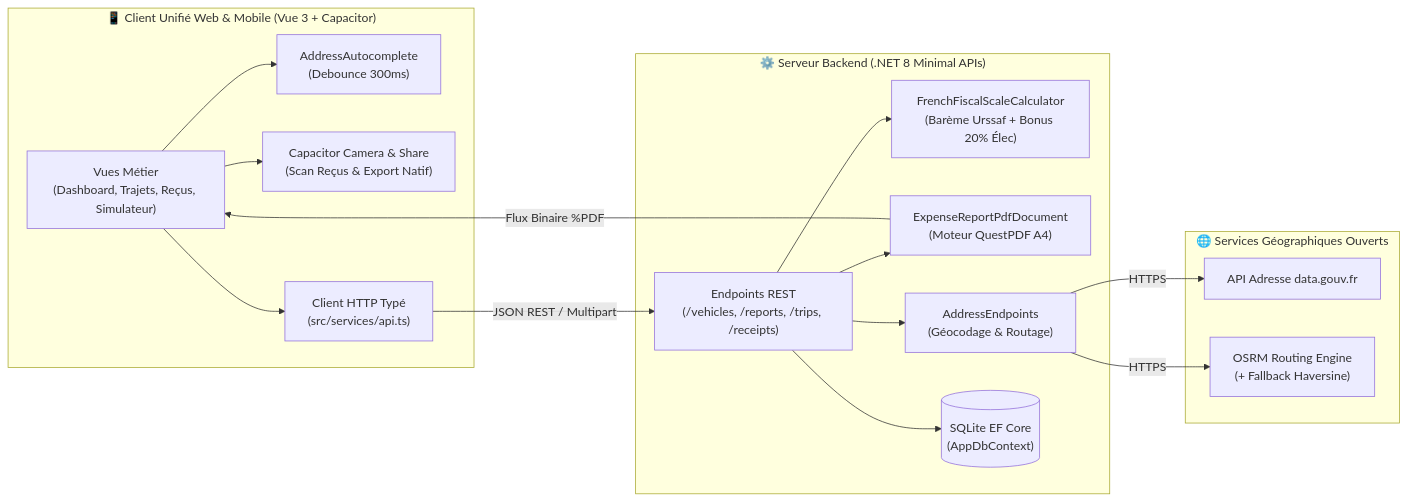
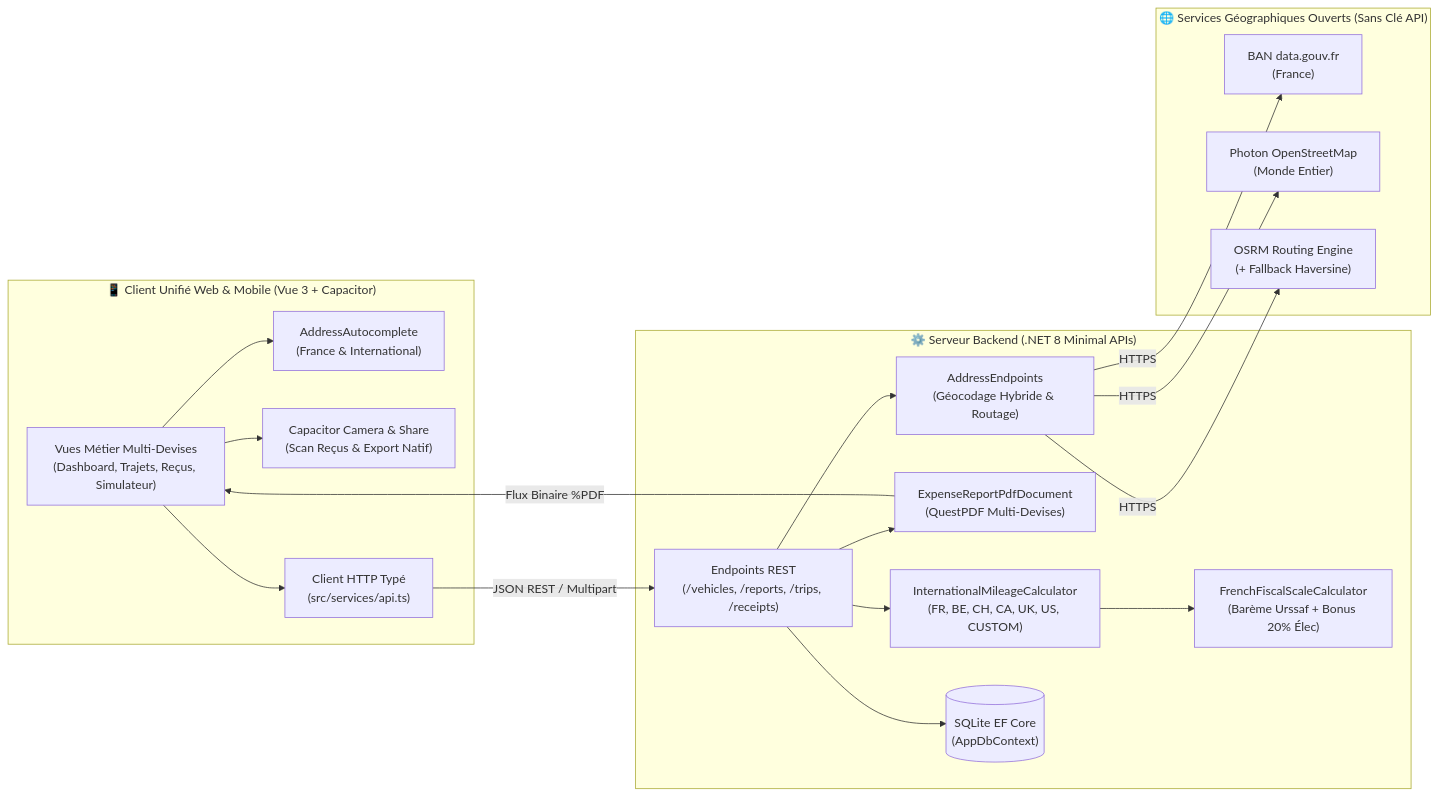
The diagram in README.md (IAlexy/frais-route), drawn with Mermaid before and after one commit. The commit also changed other lines of this file and 19 other files, not shown here.

Commit message:
feat: add international mileage scales, multi-currency PDF, and worldwide geocoding

````diff
--- a/README.md
+++ b/README.md
@@ -36,25 +40,28 @@
 ```mermaid
 flowchart LR
   subgraph Client["📱 Client Unifié Web & Mobile (Vue 3 + Capacitor)"]
-    UI["Vues Métier\n(Dashboard, Trajets, Reçus, Simulateur)"] --> Auto["AddressAutocomplete\n(Debounce 300ms)"]
+    UI["Vues Métier Multi-Devises\n(Dashboard, Trajets, Reçus, Simulateur)"] --> Auto["AddressAutocomplete\n(France & International)"]
     UI --> Cam["Capacitor Camera & Share\n(Scan Reçus & Export Natif)"]
     UI --> ApiService["Client HTTP Typé\n(src/services/api.ts)"]
   end
 
   subgraph Backend["⚙️ Serveur Backend (.NET 8 Minimal APIs)"]
-    Endpoints["Endpoints REST\n(/vehicles, /reports, /trips, /receipts)"] --> Calc["FrenchFiscalScaleCalculator\n(Barème Urssaf + Bonus 20% Élec)"]
-    Endpoints --> Pdf["ExpenseReportPdfDocument\n(Moteur QuestPDF A4)"]
-    Endpoints --> GeoProxy["AddressEndpoints\n(Géocodage & Routage)"]
+    Endpoints["Endpoints REST\n(/vehicles, /reports, /trips, /receipts)"] --> IntlCalc["InternationalMileageCalculator\n(FR, BE, CH, CA, UK, US, CUSTOM)"]
+    IntlCalc --> FrCalc["FrenchFiscalScaleCalculator\n(Barème Urssaf + Bonus 20% Élec)"]
+    Endpoints --> Pdf["ExpenseReportPdfDocument\n(QuestPDF Multi-Devises)"]
+    Endpoints --> GeoProxy["AddressEndpoints\n(Géocodage Hybride & Routage)"]
     Endpoints --> DB[("SQLite EF Core\n(AppDbContext)")]
   end
 
-  subgraph External["🌐 Services Géographiques Ouverts"]
-    BAN["API Adresse data.gouv.fr"]
+  subgraph External["🌐 Services Géographiques Ouverts (Sans Clé API)"]
+    BAN["BAN data.gouv.fr\n(France)"]
+    Photon["Photon OpenStreetMap\n(Monde Entier)"]
     OSRM["OSRM Routing Engine\n(+ Fallback Haversine)"]
   end
 
   ApiService -- "JSON REST / Multipart" --> Endpoints
   GeoProxy -- "HTTPS" --> BAN
+  GeoProxy -- "HTTPS" --> Photon
   GeoProxy -- "HTTPS" --> OSRM
   Pdf -- "Flux Binaire %PDF" --> UI
 ```
````
